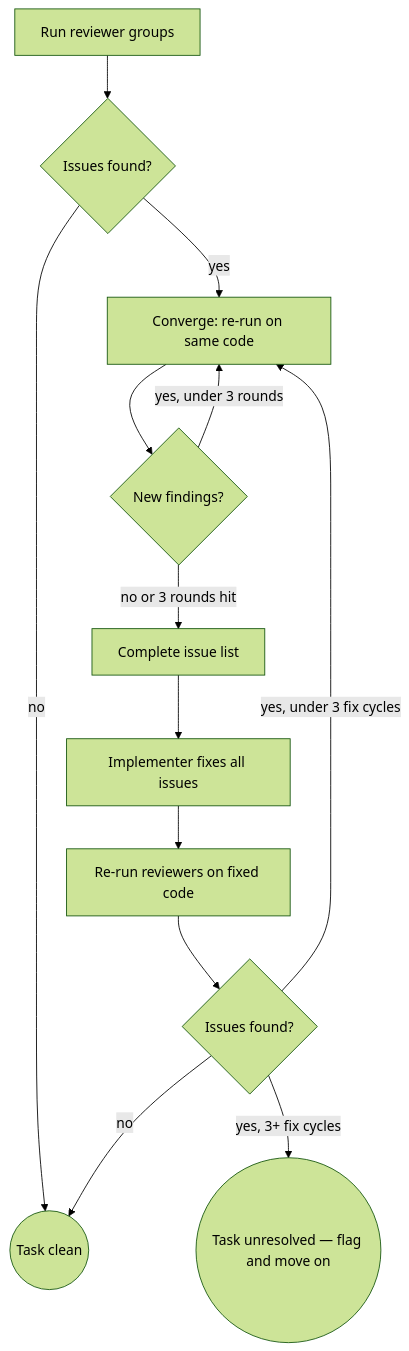
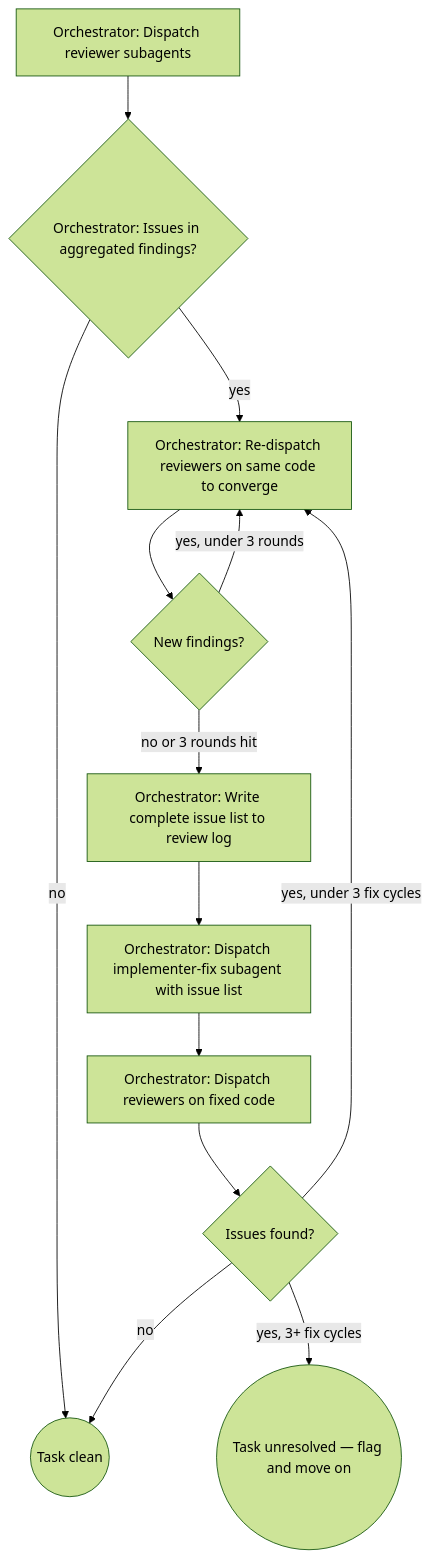
One commit to dfrysinger/qrspi-plus changed the second of 2 diagrams in skills/implement/SKILL.md. Above: the diagram before and after it, drawn with Mermaid (forest theme). The commit also changed other lines of this file, not shown here.

````diff
--- a/skills/implement/SKILL.md
+++ b/skills/implement/SKILL.md
@@ -129,15 +148,15 @@
 ```mermaid
 flowchart TD
-    A[Run reviewer groups] --> B{Issues found?}
+    A[Orchestrator: Dispatch reviewer subagents] --> B{Orchestrator: Issues in aggregated findings?}
     B -->|no| C((Task clean))
-    B -->|yes| D[Converge: re-run on same code]
+    B -->|yes| D[Orchestrator: Re-dispatch reviewers on same code to converge]
     D --> E{New findings?}
     E -->|yes, under 3 rounds| D
-    E -->|no or 3 rounds hit| F[Complete issue list]
-    F --> G[Implementer fixes all issues]
-    G --> H[Re-run reviewers on fixed code]
+    E -->|no or 3 rounds hit| F[Orchestrator: Write complete issue list to review log]
+    F --> G[Orchestrator: Dispatch implementer-fix subagent with issue list]
+    G --> H[Orchestrator: Dispatch reviewers on fixed code]
     H --> I{Issues found?}
     I -->|no| C
     I -->|yes, under 3 fix cycles| D
     I -->|yes, 3+ fix cycles| J((Task unresolved — flag and move on))
 ```
````
